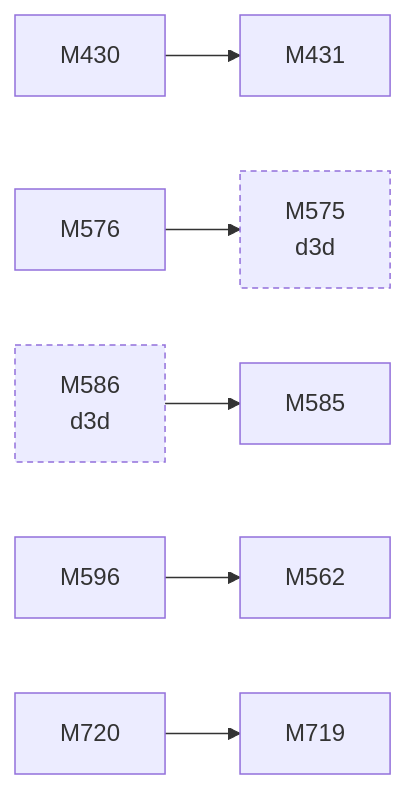
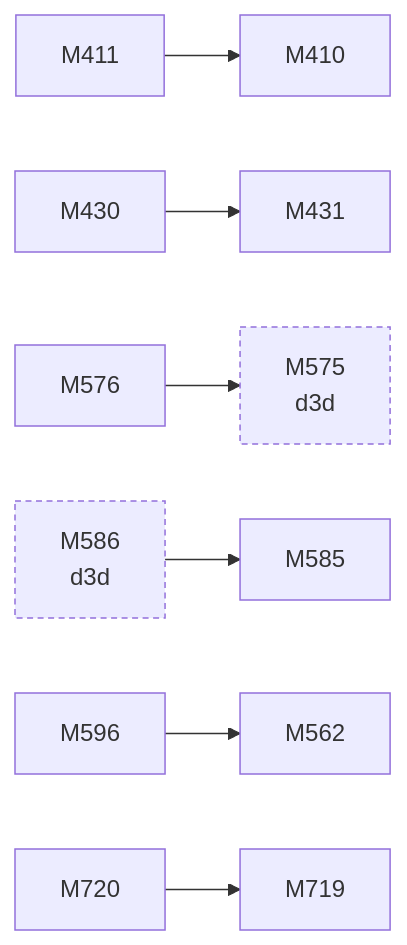
One commit to D-Ogi/amdgpu-wddm changed the third of 3 diagrams in docs/facts/graphs/display.md. Above: the diagram before and after it, drawn with Mermaid. The commit also changed 29 other files, not shown here.

````diff
--- a/docs/facts/graphs/display.md
+++ b/docs/facts/graphs/display.md
@@ -158,20 +158,23 @@
 ```mermaid
 flowchart LR
+  M410["M410"]
+  M411["M411"]
   M430["M430"]
   M431["M431"]
   M562["M562"]
   M575["M575<br/>d3d"]
   M576["M576"]
   M585["M585"]
   M586["M586<br/>d3d"]
   M596["M596"]
   M719["M719"]
   M720["M720"]
+  M411 --> M410
   M430 --> M431
   M576 --> M575
   M596 --> M562
   M720 --> M719
   M586 --> M585
   classDef other stroke-dasharray:4 3
   class M575,M586 other
 ```
````
